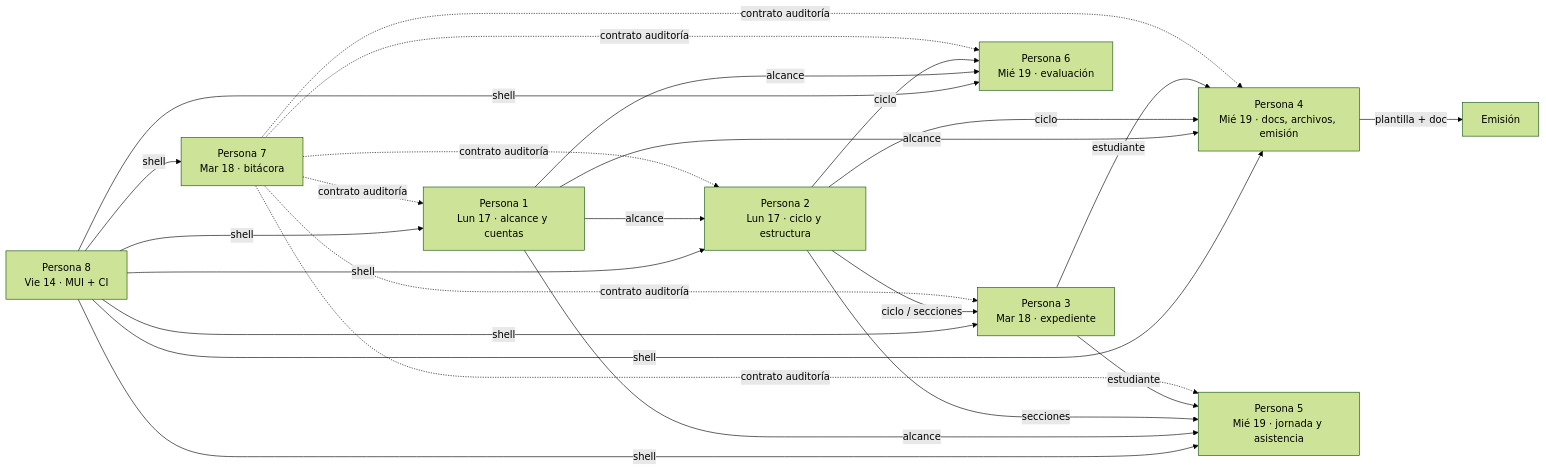
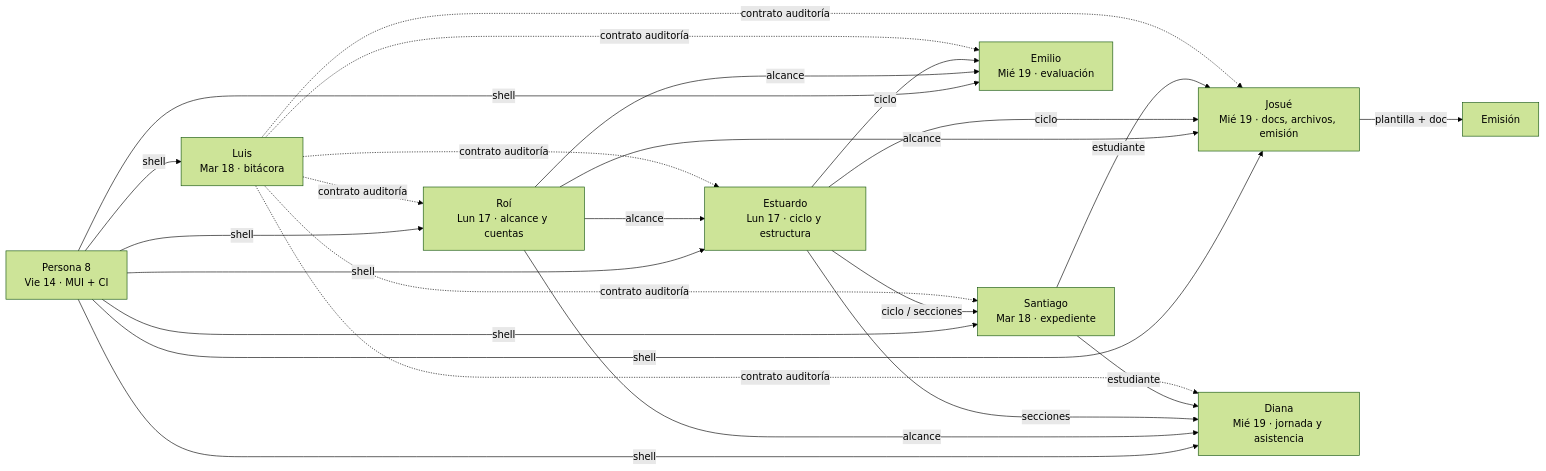
The first of 2 diagrams in docs/planning/sprint-2026-08-14.md (siga-inebi/siga-inebi), drawn with Mermaid (forest theme) before and after one commit. The commit also changed other lines of this file, not shown here.

````diff
--- a/docs/planning/sprint-2026-08-14.md
+++ b/docs/planning/sprint-2026-08-14.md
@@ -203,37 +203,37 @@
 ```mermaid
 flowchart LR
     P8["Persona 8<br/>Vie 14 · MUI + CI"]
-    P1["Persona 1<br/>Lun 17 · alcance y cuentas"]
-    P2["Persona 2<br/>Lun 17 · ciclo y estructura"]
-    P3["Persona 3<br/>Mar 18 · expediente"]
-    P7["Persona 7<br/>Mar 18 · bitácora"]
-    P4["Persona 4<br/>Mié 19 · docs, archivos, emisión"]
-    P5["Persona 5<br/>Mié 19 · jornada y asistencia"]
-    P6["Persona 6<br/>Mié 19 · evaluación"]
+    P1["Roí<br/>Lun 17 · alcance y cuentas"]
+    P2["Estuardo<br/>Lun 17 · ciclo y estructura"]
+    P3["Santiago<br/>Mar 18 · expediente"]
+    P7["Luis<br/>Mar 18 · bitácora"]
+    P4["Josué<br/>Mié 19 · docs, archivos, emisión"]
+    P5["Diana<br/>Mié 19 · jornada y asistencia"]
+    P6["Emilio<br/>Mié 19 · evaluación"]
 
     P8 -->|"shell"| P1
     P8 -->|"shell"| P2
     P8 -->|"shell"| P3
     P8 -->|"shell"| P4
     P8 -->|"shell"| P5
     P8 -->|"shell"| P6
     P8 -->|"shell"| P7
 
     P1 -->|"alcance"| P2
     P1 -->|"alcance"| P4
     P1 -->|"alcance"| P5
     P1 -->|"alcance"| P6
     P2 -->|"ciclo / secciones"| P3
     P2 -->|"secciones"| P5
     P2 -->|"ciclo"| P6
     P2 -->|"ciclo"| P4
     P3 -->|"estudiante"| P4
     P3 -->|"estudiante"| P5
     P4 -->|"plantilla + doc"| EMI["Emisión"]
     P7 -.->|"contrato auditoría"| P1
     P7 -.->|"contrato auditoría"| P2
     P7 -.->|"contrato auditoría"| P3
     P7 -.->|"contrato auditoría"| P4
     P7 -.->|"contrato auditoría"| P5
     P7 -.->|"contrato auditoría"| P6
 ```
````
